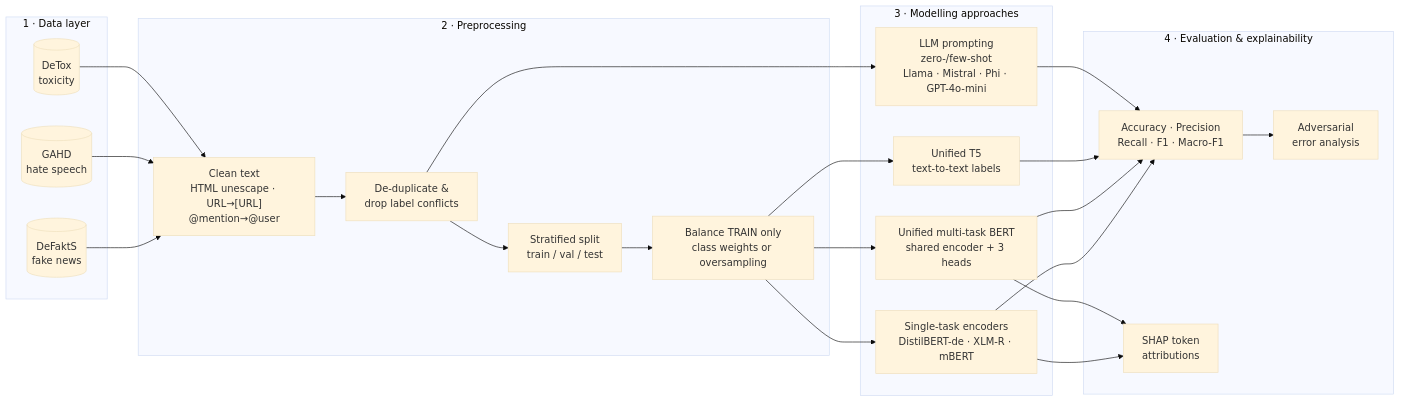
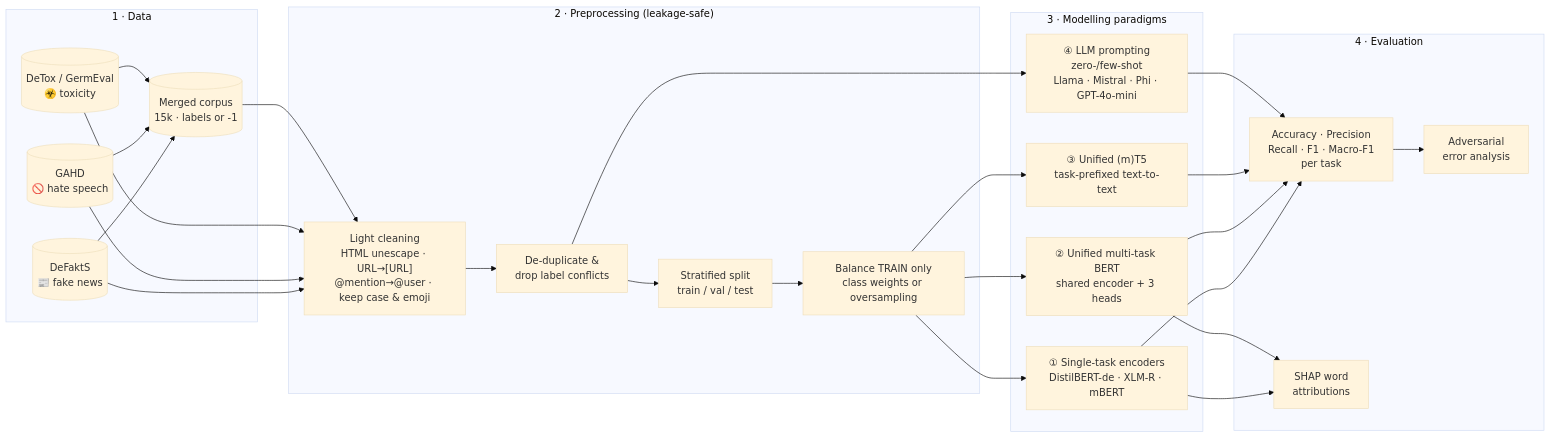
Before and after one commit to farhanaliarshad1/german-harmful-content-detection.: the first of 4 diagrams in README.md, drawn with Mermaid (base theme). The commit also changed other lines of this file and 33 other files, not shown here.

First line of the commit message:
Turn into a three-task showcase: fake news, hate speech, toxicity

````diff
--- a/README.md
+++ b/README.md
@@ -48,36 +76,39 @@
 ```mermaid
 flowchart LR
-    subgraph DATA["1 · Data layer"]
-        D1[("DeFaktS<br/>fake news")]
-        D2[("GAHD<br/>hate speech")]
-        D3[("DeTox<br/>toxicity")]
+    subgraph DATA["1 · Data"]
+        D1[("DeFaktS<br/>📰 fake news")]
+        D2[("GAHD<br/>🚫 hate speech")]
+        D3[("DeTox / GermEval<br/>☣️ toxicity")]
+        D4[("Merged corpus<br/>15k · labels or -1")]
+        D1 & D2 & D3 --> D4
     end
 
-    subgraph PREP["2 · Preprocessing"]
-        P1["Clean text<br/>HTML unescape · URL→[URL]<br/>@mention→@user"]
+    subgraph PREP["2 · Preprocessing (leakage-safe)"]
+        P1["Light cleaning<br/>HTML unescape · URL→[URL]<br/>@mention→@user · keep case & emoji"]
         P2["De-duplicate &<br/>drop label conflicts"]
         P3["Stratified split<br/>train / val / test"]
         P4["Balance TRAIN only<br/>class weights or oversampling"]
         P1 --> P2 --> P3 --> P4
     end
 
-    subgraph MODELS["3 · Modelling approaches"]
-        M1["Single-task encoders<br/>DistilBERT-de · XLM-R · mBERT"]
-        M2["Unified multi-task BERT<br/>shared encoder + 3 heads"]
-        M3["Unified T5<br/>text-to-text labels"]
-        M4["LLM prompting<br/>zero-/few-shot<br/>Llama · Mistral · Phi · GPT-4o-mini"]
+    subgraph MODELS["3 · Modelling paradigms"]
+        M1["① Single-task encoders<br/>DistilBERT-de · XLM-R · mBERT"]
+        M2["② Unified multi-task BERT<br/>shared encoder + 3 heads"]
+        M3["③ Unified (m)T5<br/>task-prefixed text-to-text"]
+        M4["④ LLM prompting<br/>zero-/few-shot<br/>Llama · Mistral · Phi · GPT-4o-mini"]
     end
 
-    subgraph EVAL["4 · Evaluation & explainability"]
-        E1["Accuracy · Precision<br/>Recall · F1 · Macro-F1"]
-        E2["SHAP token<br/>attributions"]
+    subgraph EVAL["4 · Evaluation"]
+        E1["Accuracy · Precision<br/>Recall · F1 · Macro-F1<br/>per task"]
+        E2["SHAP word<br/>attributions"]
         E3["Adversarial<br/>error analysis"]
     end
 
     D1 & D2 & D3 --> P1
+    D4 --> P1
     P4 --> M1 & M2 & M3
     P2 --> M4
     M1 & M2 & M3 & M4 --> E1
     M1 & M2 --> E2
     E1 --> E3
 ```
````
